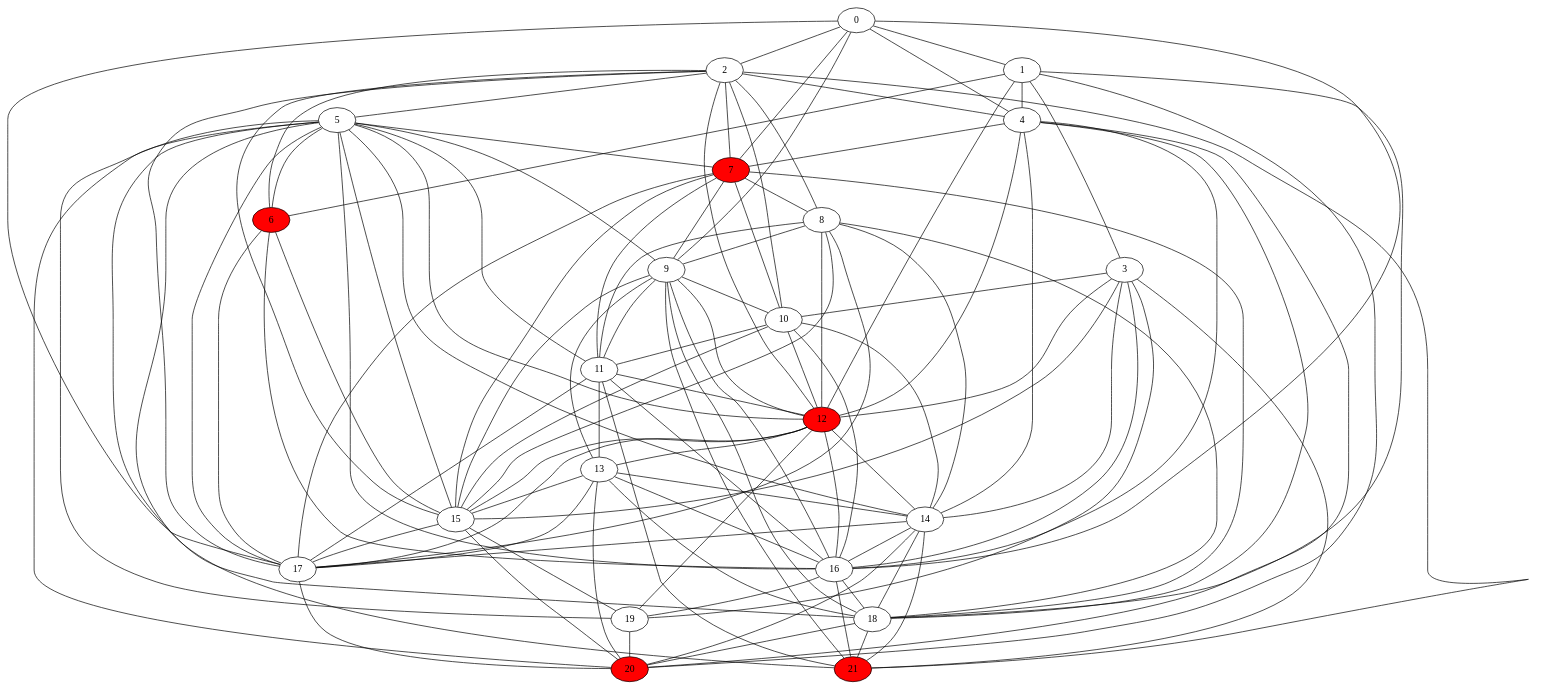
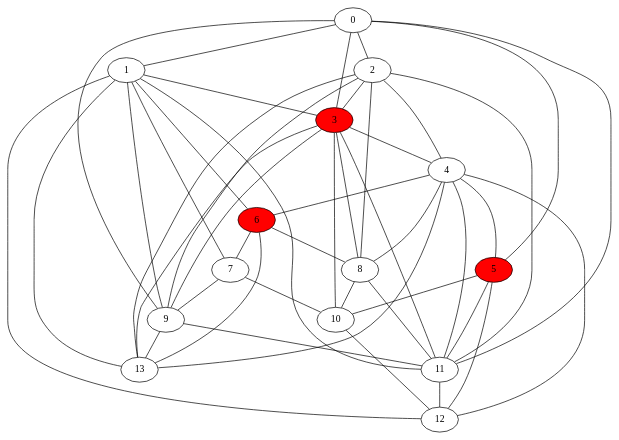
The diagram in vkr/vkr/HEU1.gv (brimst0ne/vkr), drawn with Graphviz before and after one commit. The commit also changed 17 other files, not shown here.

```diff
--- a/vkr/vkr/HEU1.gv
+++ b/vkr/vkr/HEU1.gv
@@ -1,140 +1,64 @@
 graph HEU1 {
 	0;
 	1;
 	2;
 	3;
 	4;
 	5;
 	6;
 	7;
 	8;
 	9;
 	10;
 	11;
 	12;
 	13;
-	14;
-	15;
-	16;
-	17;
-	18;
-	19;
-	20;
-	21;
 	0 -- 1;
 	0 -- 2;
-	0 -- 4;
-	0 -- 7;
+	0 -- 3;
+	0 -- 5;
 	0 -- 9;
-	0 -- 16;
-	0 -- 17;
+	0 -- 11;
 	1 -- 3;
-	1 -- 4;
 	1 -- 6;
+	1 -- 7;
+	1 -- 9;
+	1 -- 11;
 	1 -- 12;
-	1 -- 18;
-	1 -- 20;
+	1 -- 13;
+	2 -- 3;
 	2 -- 4;
-	2 -- 5;
-	2 -- 6;
-	2 -- 7;
 	2 -- 8;
-	2 -- 10;
-	2 -- 12;
-	2 -- 15;
-	2 -- 17;
-	2 -- 21;
+	2 -- 9;
+	2 -- 11;
+	2 -- 13;
+	3 -- 4;
+	3 -- 8;
+	3 -- 9;
 	3 -- 10;
-	3 -- 12;
-	3 -- 14;
-	3 -- 15;
-	3 -- 16;
-	3 -- 19;
-	3 -- 21;
-	4 -- 7;
+	3 -- 11;
+	3 -- 13;
+	4 -- 5;
+	4 -- 6;
+	4 -- 8;
+	4 -- 11;
 	4 -- 12;
-	4 -- 14;
-	4 -- 16;
-	4 -- 18;
-	4 -- 20;
-	5 -- 6;
-	5 -- 7;
-	5 -- 9;
+	4 -- 13;
+	5 -- 10;
 	5 -- 11;
 	5 -- 12;
-	5 -- 14;
-	5 -- 15;
-	5 -- 16;
-	5 -- 17;
-	5 -- 18;
-	5 -- 19;
-	5 -- 20;
-	5 -- 21;
-	6 -- 15;
-	6 -- 16;
-	6 -- 17;
-	7 -- 8;
+	6 -- 7;
+	6 -- 8;
+	6 -- 13;
 	7 -- 9;
 	7 -- 10;
-	7 -- 11;
-	7 -- 15;
-	7 -- 17;
-	7 -- 18;
-	8 -- 9;
+	8 -- 10;
 	8 -- 11;
-	8 -- 12;
-	8 -- 14;
-	8 -- 15;
-	8 -- 17;
-	8 -- 18;
-	9 -- 10;
 	9 -- 11;
-	9 -- 12;
 	9 -- 13;
-	9 -- 15;
-	9 -- 16;
-	9 -- 18;
-	9 -- 21;
-	10 -- 11;
 	10 -- 12;
-	10 -- 14;
-	10 -- 15;
-	10 -- 16;
 	11 -- 12;
-	11 -- 13;
-	11 -- 16;
-	11 -- 17;
-	11 -- 21;
-	12 -- 13;
-	12 -- 14;
-	12 -- 15;
-	12 -- 16;
-	12 -- 17;
-	12 -- 19;
-	13 -- 14;
-	13 -- 15;
-	13 -- 16;
-	13 -- 17;
-	13 -- 18;
-	13 -- 20;
-	14 -- 16;
-	14 -- 17;
-	14 -- 18;
-	14 -- 20;
-	14 -- 21;
-	15 -- 17;
-	15 -- 19;
-	15 -- 20;
-	16 -- 18;
-	16 -- 19;
-	16 -- 21;
-	17 -- 20;
-	18 -- 20;
-	18 -- 21;
-	19 -- 20;
-    12 [style=filled, fillcolor=red];
-    7 [style=filled, fillcolor=red];
-    20 [style=filled, fillcolor=red];
-    21 [style=filled, fillcolor=red];
+    3 [style=filled, fillcolor=red];
+    5 [style=filled, fillcolor=red];
     6 [style=filled, fillcolor=red];
 }
```
